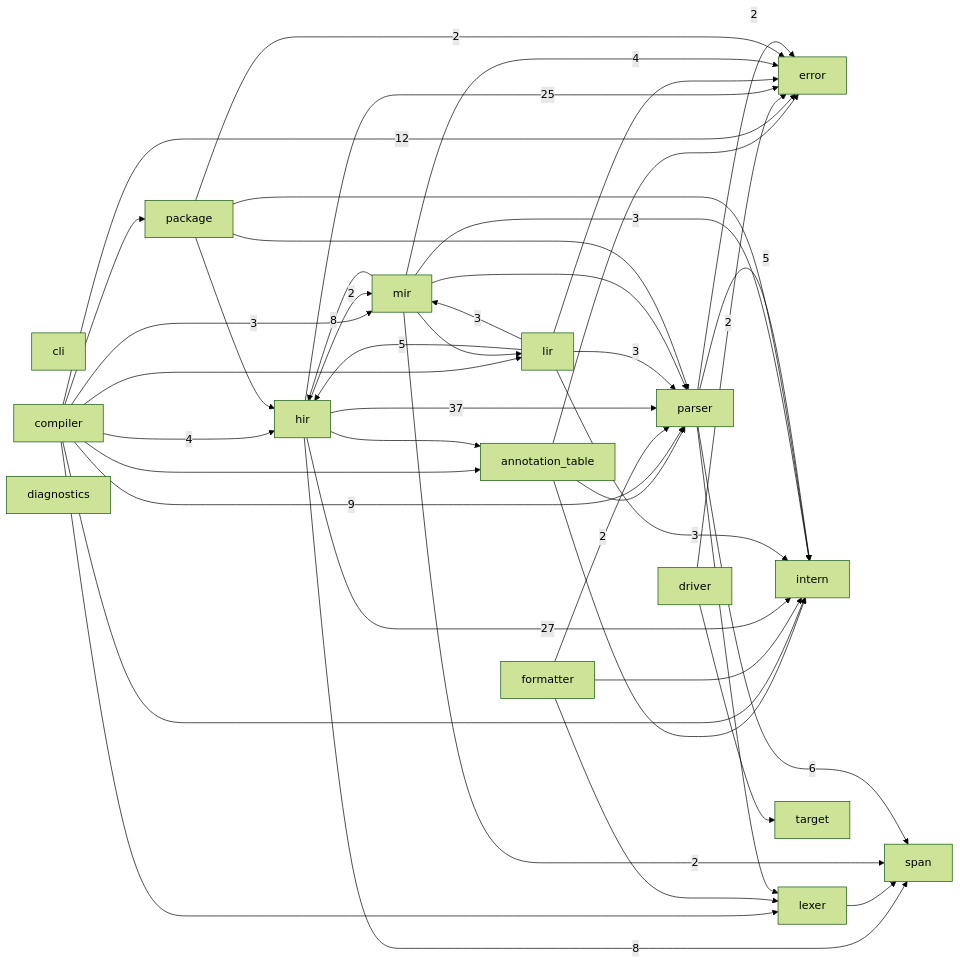
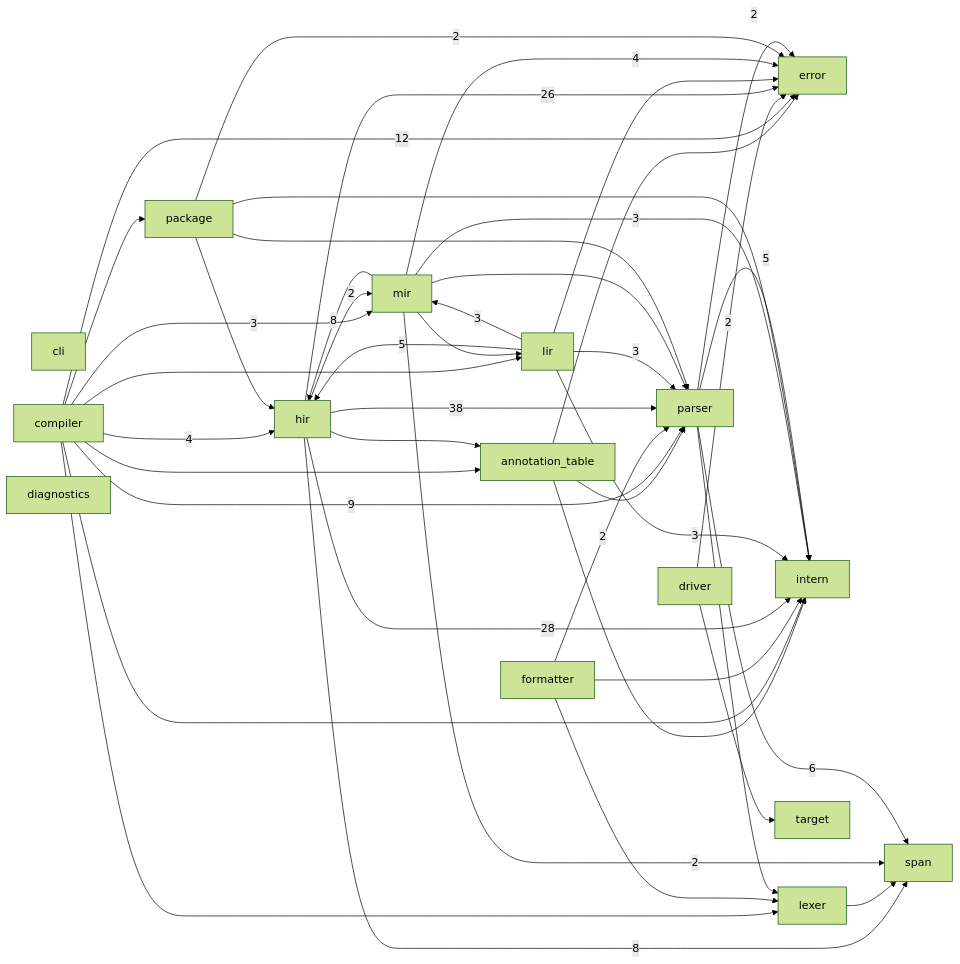
Before and after one commit to ayanami1ei/Ayanami-language: the diagram in docs/module-graph.md, drawn with Mermaid (forest theme). The commit also changed other lines of this file and 6 other files, not shown here.

````diff
--- a/docs/module-graph.md
+++ b/docs/module-graph.md
@@ -6,62 +6,62 @@
 ```mermaid
 graph LR
     annotation_table
     cli
     compiler
     diagnostics
     driver
     error
     formatter
     hir
     intern
     lexer
     lir
     mir
     package
     parser
     span
     target
     annotation_table --> error
     annotation_table --> intern
     annotation_table --> parser
     compiler --> annotation_table
     compiler -->|12| error
     compiler -->|4| hir
     compiler --> intern
     compiler --> lexer
     compiler --> lir
     compiler -->|3| mir
     compiler --> package
     compiler -->|9| parser
     driver -->|2| error
     driver --> target
     formatter --> intern
     formatter --> lexer
     formatter -->|2| parser
     hir --> annotation_table
-    hir -->|25| error
-    hir -->|27| intern
+    hir -->|26| error
+    hir -->|28| intern
     hir -->|2| mir
-    hir -->|37| parser
+    hir -->|38| parser
     hir -->|8| span
     lexer --> span
     lir --> error
     lir -->|5| hir
     lir -->|3| intern
     lir -->|3| mir
     lir -->|3| parser
     mir -->|4| error
     mir -->|8| hir
     mir -->|3| intern
     mir --> lir
     mir --> parser
     mir -->|2| span
     package -->|2| error
     package --> hir
     package --> intern
     package --> parser
     parser -->|2| error
     parser -->|5| intern
     parser --> lexer
     parser -->|6| span
 ```
````
